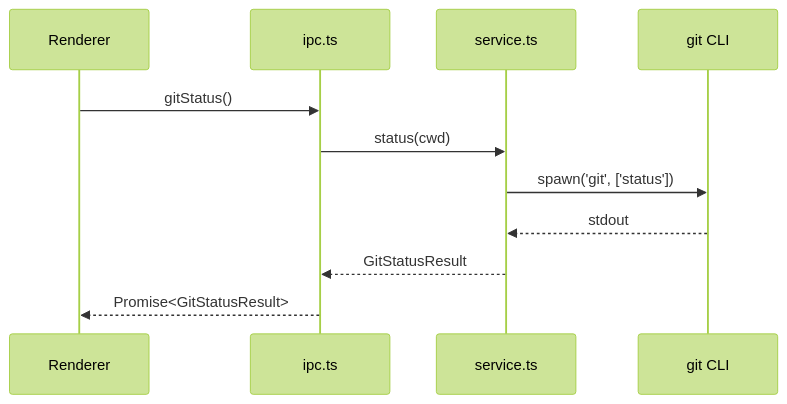
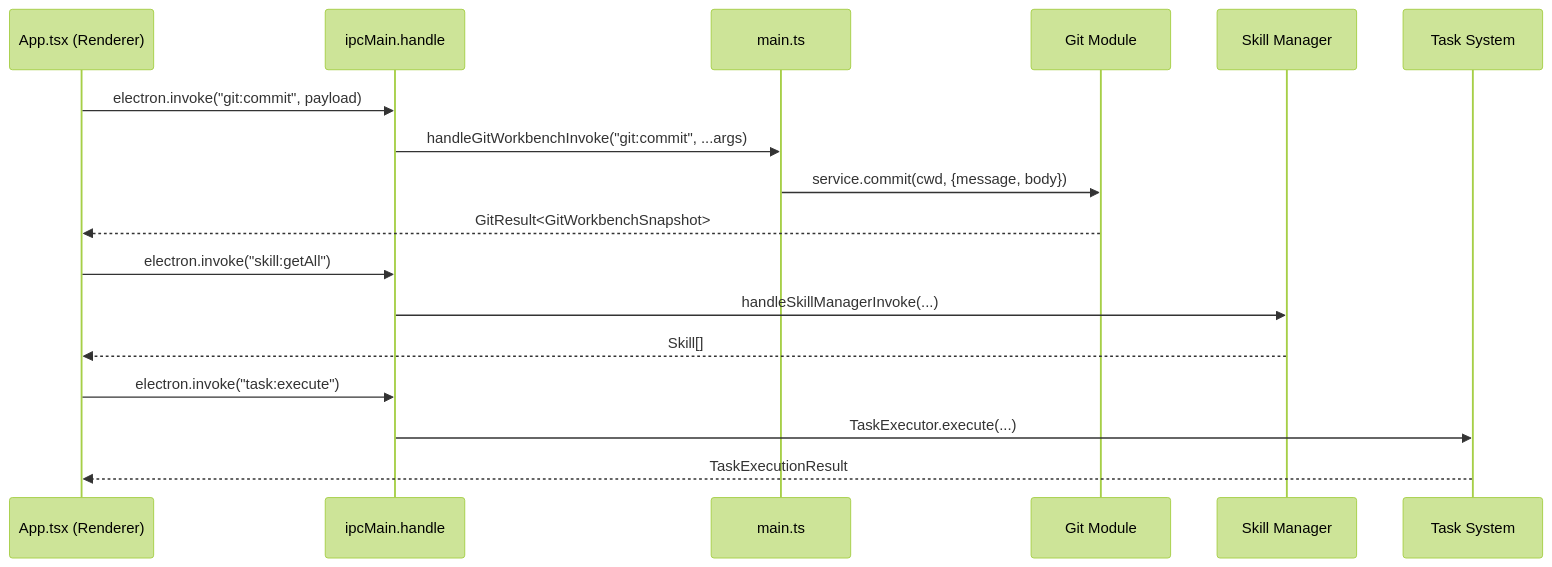
One commit to lst016/tech-cc-hub changed the second of 2 diagrams in .tech/repowiki/zh/content/核心模块规格/核心模块规格.md. Above: the diagram before and after it, drawn with Mermaid (forest theme). The commit also changed other lines of this file and 195 other files, not shown here.

````diff
--- a/.tech/repowiki/zh/content/核心模块规格/核心模块规格.md
+++ b/.tech/repowiki/zh/content/核心模块规格/核心模块规格.md
@@ -104,14 +465,22 @@
 ```mermaid
 sequenceDiagram
-    participant Renderer
-    participant IPC as ipc.ts
-    participant Service as service.ts
-    participant Git as git CLI
+    participant UI as App.tsx (Renderer)
+    participant IPC as ipcMain.handle
+    participant MAIN as main.ts
+    participant GM as Git Module
+    participant SM as Skill Manager
+    participant TS as Task System
 
-    Renderer->>IPC: gitStatus()
-    IPC->>Service: status(cwd)
-    Service->>Git: spawn('git', ['status'])
-    Git-->>Service: stdout
-    Service-->>IPC: GitStatusResult
-    IPC-->>Renderer: Promise<GitStatusResult>
+    UI->>IPC: electron.invoke("git:commit", payload)
+    IPC->>MAIN: handleGitWorkbenchInvoke("git:commit", ...args)
+    MAIN->>GM: service.commit(cwd, {message, body})
+    GM-->>UI: GitResult<GitWorkbenchSnapshot>
+
+    UI->>IPC: electron.invoke("skill:getAll")
+    IPC->>SM: handleSkillManagerInvoke(...)
+    SM-->>UI: Skill[]
+
+    UI->>IPC: electron.invoke("task:execute")
+    IPC->>TS: TaskExecutor.execute(...)
+    TS-->>UI: TaskExecutionResult
 ```
````
